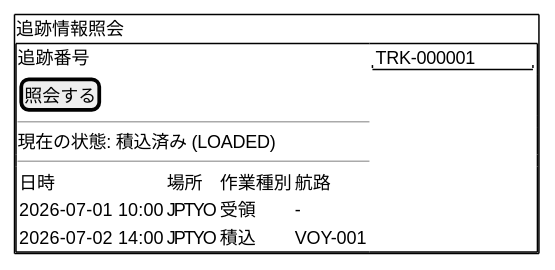
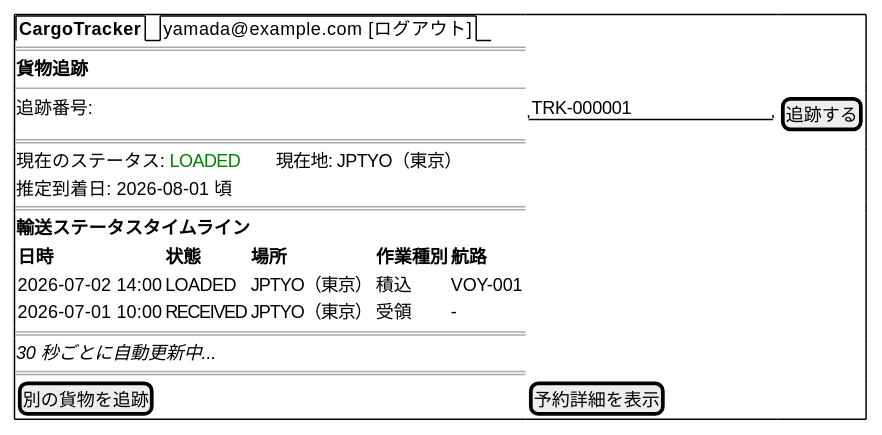
Before and after one commit to k2works/case-study-cargo-tracker: the fourth of 7 diagrams in docs/development/iteration_plan-5.md, drawn with PlantUML. The commit also changed other lines of this file, not shown here.

````diff
--- a/docs/development/iteration_plan-5.md
+++ b/docs/development/iteration_plan-5.md
@@ -308,19 +324,25 @@
 ```plantuml
 @startsalt
 {+
-  追跡情報照会
-  {+
-    追跡番号 | "TRK-000001   "
-    [ 照会する ]
-    --------------------
-    現在の状態: 積込済み (LOADED)
-    --------------------
-    {
-      日時 | 場所 | 作業種別 | 航路
-      2026-07-01 10:00 | JPTYO | 受領 | -
-      2026-07-02 14:00 | JPTYO | 積込 | VOY-001
-    }
+  {/ <b>CargoTracker</b>    |    yamada@example.com  [ログアウト] }
+  ==
+  <b>貨物追跡</b>
+  --
+  追跡番号: | "TRK-000001          " | [追跡する]
+  ==
+  現在のステータス: <color:green>LOADED</color>　　現在地: JPTYO（東京）
+  推定到着日: 2026-08-01 頃
+  ==
+  <b>輸送ステータスタイムライン</b>
+  {
+    **日時** | **状態** | **場所** | **作業種別** | **航路**
+    2026-07-02 14:00 | LOADED | JPTYO（東京） | 積込 | VOY-001
+    2026-07-01 10:00 | RECEIVED | JPTYO（東京） | 受領 | -
   }
+  ==
+  <i>30 秒ごとに自動更新中...</i>
+  ==
+  [別の貨物を追跡] | [予約詳細を表示]
 }
 @endsalt
 ```
````
